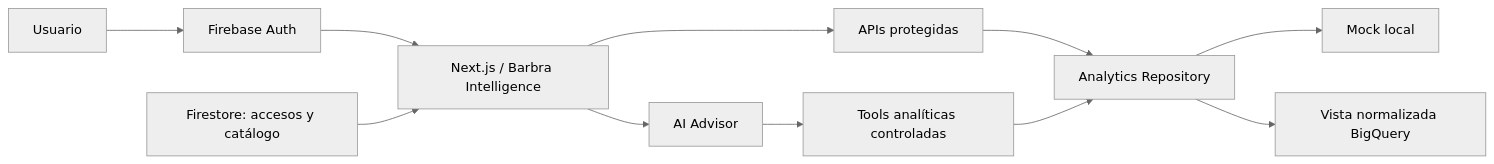
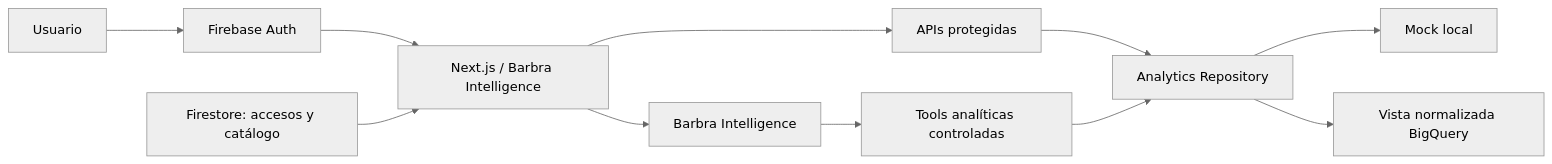
One commit to barbra-app/barbra-ai changed the diagram in README.md. Above: the diagram before and after it, drawn with Mermaid (neutral theme). The commit also changed other lines of this file and 10 other files, not shown here.

Commit message:
Add Barbra profile roles and intelligence branding

````diff
--- a/README.md
+++ b/README.md
@@ -18,13 +18,13 @@
 ```mermaid
 flowchart LR
   U[Usuario] --> A[Firebase Auth]
   A --> N[Next.js / Barbra Intelligence]
   F[Firestore: accesos y catálogo] --> N
   N --> API[APIs protegidas]
   API --> R[Analytics Repository]
   R --> M[Mock local]
   R --> B[Vista normalizada BigQuery]
-  N --> AI[AI Advisor]
+  N --> AI[Barbra Intelligence]
   AI --> T[Tools analíticas controladas]
   T --> R
 ```
````
